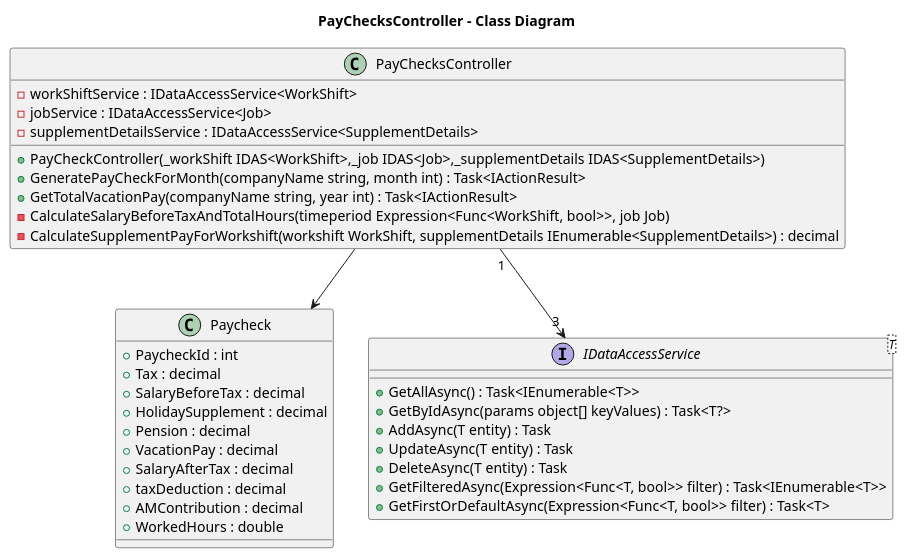
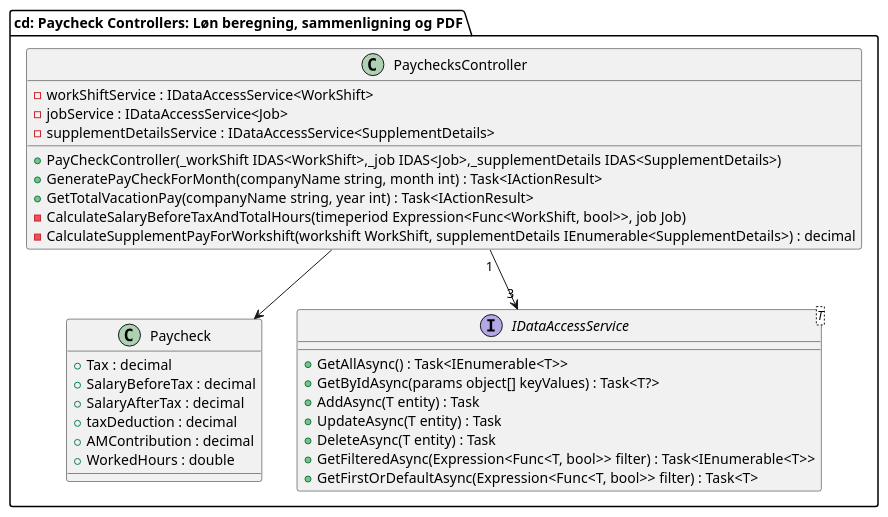
One commit to a-chiha/FinanceTrackerBackend changed the diagram in diagrams/backend/PayCheckClassDiagram.puml. Above: the diagram before and after it, drawn with PlantUML. The commit also changed other lines of this file and 18 other files, not shown here.

```diff
--- a/diagrams/backend/PayCheckClassDiagram.puml
+++ b/diagrams/backend/PayCheckClassDiagram.puml
@@ -1,41 +1,38 @@
 @startuml
-title PayChecksController - Class Diagram
-class PayChecksController {
+package "cd: Paycheck Controllers: Løn beregning, sammenligning og PDF" {
+
+class PaychecksController {
     - workShiftService : IDataAccessService<WorkShift>
     - jobService : IDataAccessService<Job>
     - supplementDetailsService : IDataAccessService<SupplementDetails>
     + PayCheckController(_workShift IDAS<WorkShift>,_job IDAS<Job>,_supplementDetails IDAS<SupplementDetails>)
     + GeneratePayCheckForMonth(companyName string, month int) : Task<IActionResult>
     + GetTotalVacationPay(companyName string, year int) : Task<IActionResult>
     - CalculateSalaryBeforeTaxAndTotalHours(timeperiod Expression<Func<WorkShift, bool>>, job Job)
     - CalculateSupplementPayForWorkshift(workshift WorkShift, supplementDetails IEnumerable<SupplementDetails>) : decimal
 
 }
 class Paycheck {
-    + PaycheckId : int
     + Tax : decimal
     + SalaryBeforeTax : decimal
-    + HolidaySupplement : decimal
-    + Pension : decimal
-    + VacationPay : decimal
     + SalaryAfterTax : decimal
     + taxDeduction : decimal
     + AMContribution : decimal
     + WorkedHours : double
 }
 
 interface IDataAccessService<T> {
     + GetAllAsync() : Task<IEnumerable<T>>
     + GetByIdAsync(params object[] keyValues) : Task<T?>
     + AddAsync(T entity) : Task
     + UpdateAsync(T entity) : Task
     + DeleteAsync(T entity) : Task
     + GetFilteredAsync(Expression<Func<T, bool>> filter) : Task<IEnumerable<T>>
     + GetFirstOrDefaultAsync(Expression<Func<T, bool>> filter) : Task<T>
 }
 
 
 
-PayChecksController "1" --> "3" IDataAccessService
-PayChecksController --> Paycheck
+PaychecksController "1" --> "3" IDataAccessService
+PaychecksController --> Paycheck
 @enduml
```
